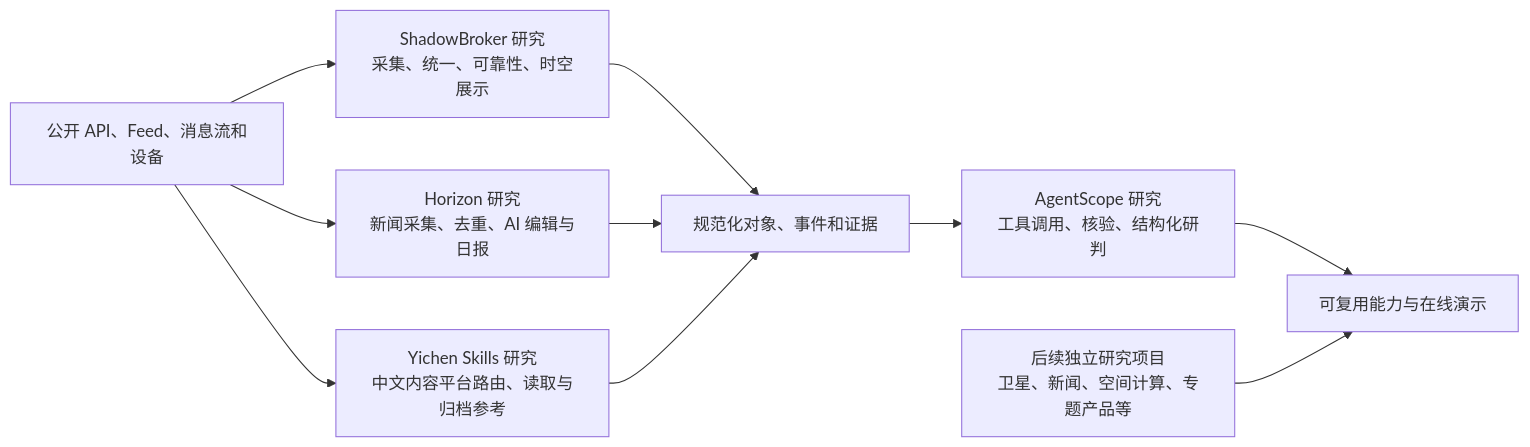
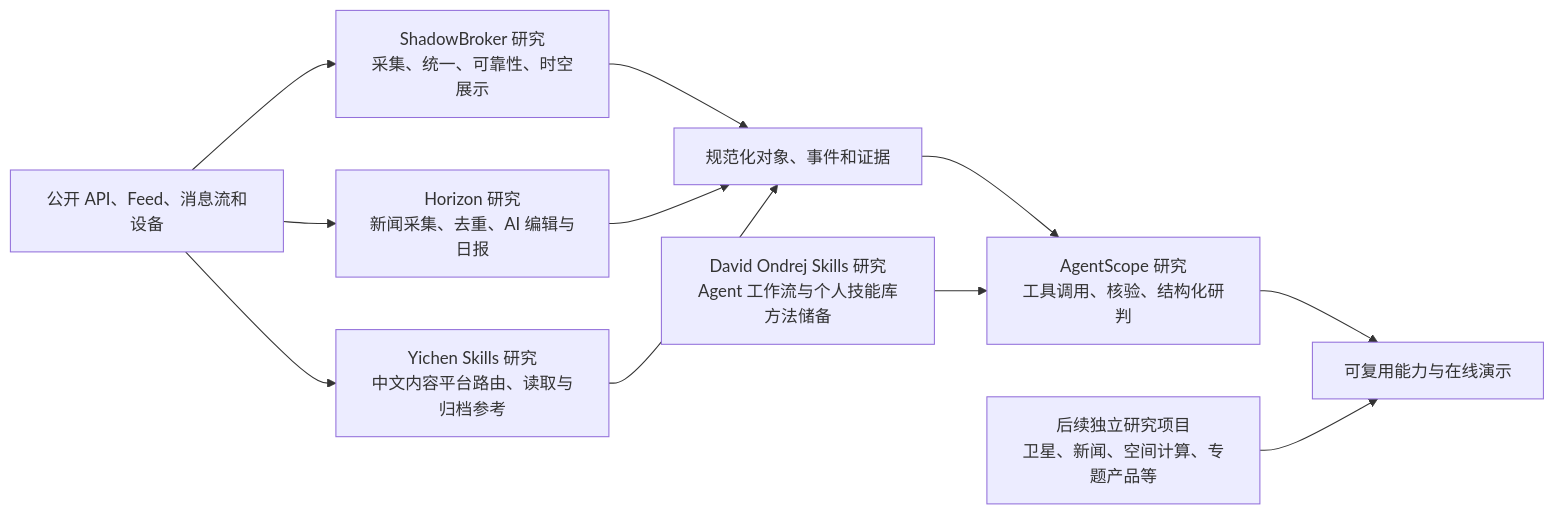
One commit to yydshly/0807_githubcode_study changed the diagram in README.md. Above: the diagram before and after it, drawn with Mermaid. The commit also changed other lines of this file and 10 other files, not shown here.

Commit message:
docs: archive davidondrej agent skills study

````diff
--- a/README.md
+++ b/README.md
@@ -24,15 +25,17 @@
 ```mermaid
 flowchart LR
     A["公开 API、Feed、消息流和设备"]
     B["ShadowBroker 研究<br/>采集、统一、可靠性、时空展示"]
     H["Horizon 研究<br/>新闻采集、去重、AI 编辑与日报"]
     Y["Yichen Skills 研究<br/>中文内容平台路由、读取与归档参考"]
+    S["David Ondrej Skills 研究<br/>Agent 工作流与个人技能库方法储备"]
     C["规范化对象、事件和证据"]
     D["AgentScope 研究<br/>工具调用、核验、结构化研判"]
     F["后续独立研究项目<br/>卫星、新闻、空间计算、专题产品等"]
     E["可复用能力与在线演示"]
     A --> B --> C --> D --> E
     A --> H --> C
     A --> Y --> C
+    S --> D
     F --> E
 ```
````
